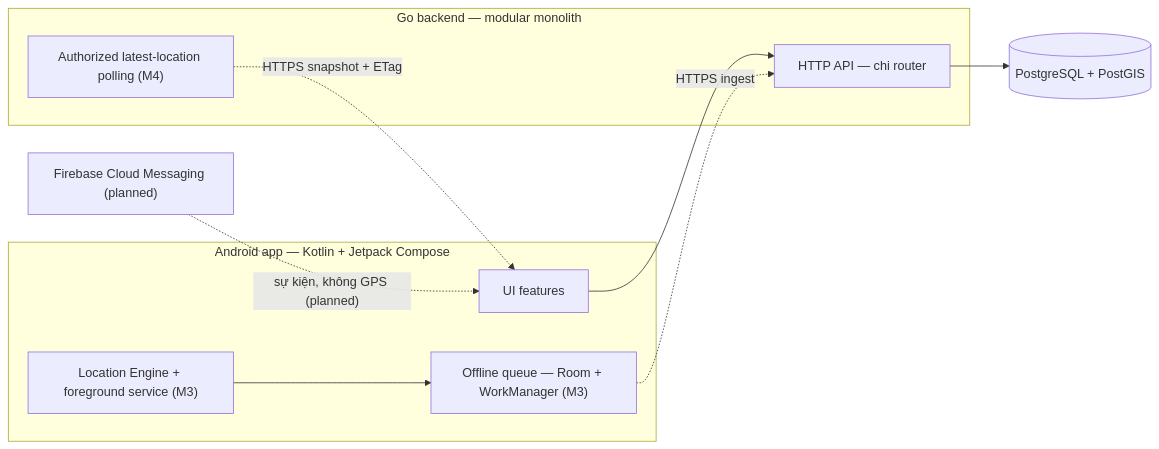
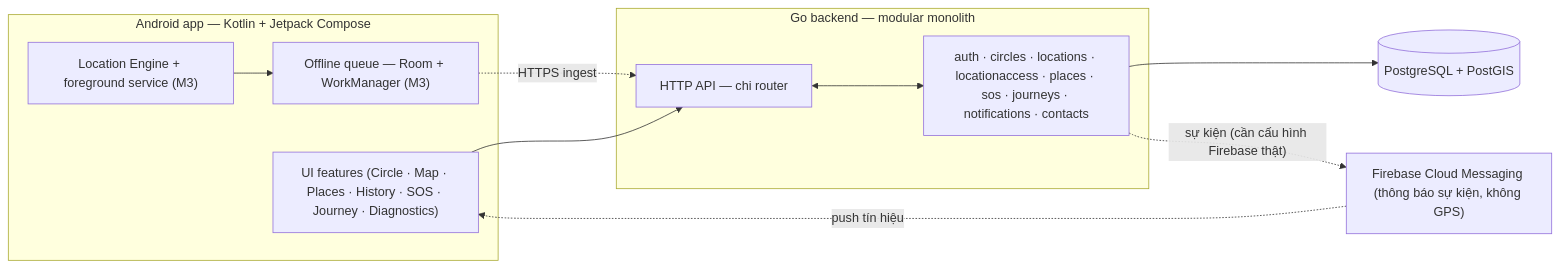
One commit to QuocDuong16/anve changed the diagram in README.md. Above: the diagram before and after it, drawn with Mermaid. The commit also changed other lines of this file and 35 other files, not shown here.

````diff
--- a/README.md
+++ b/README.md
@@ -79,20 +82,21 @@
 ```mermaid
 flowchart LR
     subgraph android["Android app — Kotlin + Jetpack Compose"]
-        UI["UI features"]
+        UI["UI features (Circle · Map · Places · History · SOS · Journey · Diagnostics)"]
         LE["Location Engine + foreground service (M3)"]
         SQ["Offline queue — Room + WorkManager (M3)"]
     end
     subgraph server["Go backend — modular monolith"]
         API["HTTP API — chi router"]
-        MAP["Authorized latest-location polling (M4)"]
+        MOD["auth · circles · locations · locationaccess · places · sos · journeys · notifications · contacts"]
     end
     DB[("PostgreSQL + PostGIS")]
-    FCM["Firebase Cloud Messaging (planned)"]
+    FCM["Firebase Cloud Messaging (thông báo sự kiện, không GPS)"]
     LE --> SQ
     SQ -. "HTTPS ingest" .-> API
     UI --> API
-    MAP -. "HTTPS snapshot + ETag" .-> UI
-    FCM -. "sự kiện, không GPS (planned)" .-> UI
-    API --> DB
+    API <--> MOD
+    MOD --> DB
+    MOD -. "sự kiện (cần cấu hình Firebase thật)" .-> FCM
+    FCM -. "push tín hiệu" .-> UI
 ```
````
